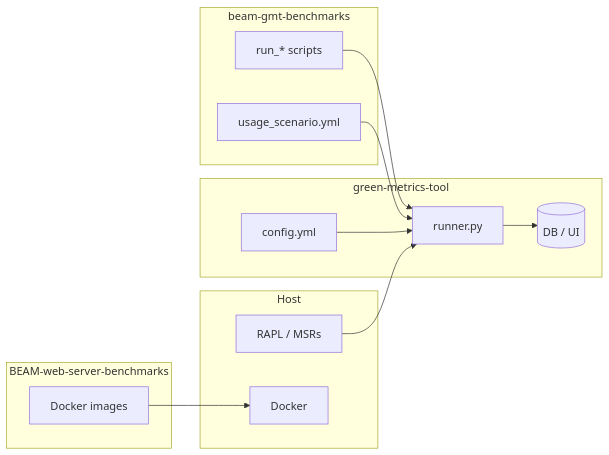
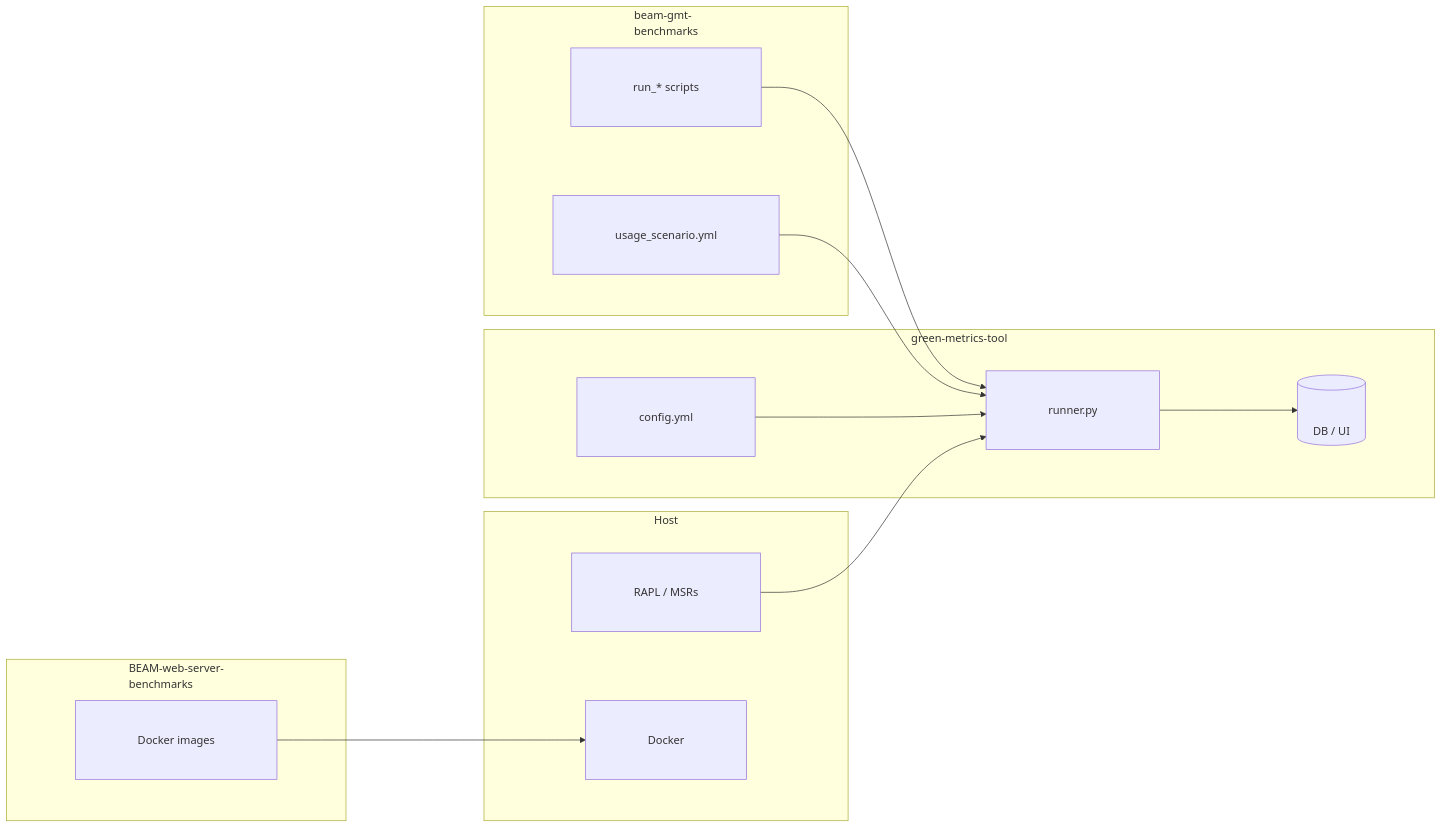
One commit to joegharbi/beam-gmt-benchmarks changed the diagram in docs/ARCHITECTURE_FLOW.md. Above: the diagram before and after it, drawn with Mermaid. The commit also changed other lines of this file, not shown here.

Commit message:
docs: widen Mermaid flowchart spacing and wrap subgraph titles
Made-with: Cursor

````diff
--- a/docs/ARCHITECTURE_FLOW.md
+++ b/docs/ARCHITECTURE_FLOW.md
@@ -7,25 +7,26 @@
 ```mermaid
+%%{init: {'flowchart': {'nodeSpacing': 100, 'rankSpacing': 200, 'padding': 45}}}%%
 flowchart LR
   subgraph host [Host]
     MSRs[RAPL / MSRs]
     Docker[Docker]
   end
-  subgraph gmt [green-metrics-tool]
+  subgraph gmt ["green-metrics-tool"]
     Runner[runner.py]
     Config[config.yml]
     DB[(DB / UI)]
   end
-  subgraph beam [BEAM-web-server-benchmarks]
+  subgraph beam ["BEAM-web-server-<br/>benchmarks"]
     Img[Docker images]
   end
-  subgraph orch [beam-gmt-benchmarks]
+  subgraph orch ["beam-gmt-<br/>benchmarks"]
     YML[usage_scenario.yml]
     Scripts[run_* scripts]
   end
   Img --> Docker
   Scripts --> Runner
   YML --> Runner
   Config --> Runner
   MSRs --> Runner
   Runner --> DB
 ```
````
